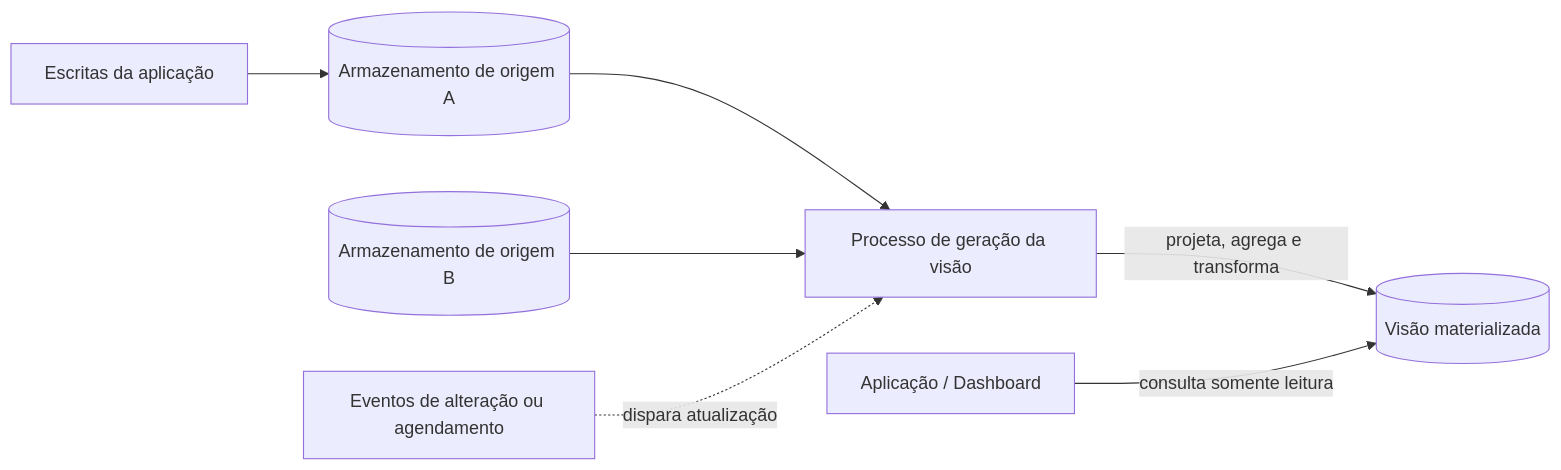
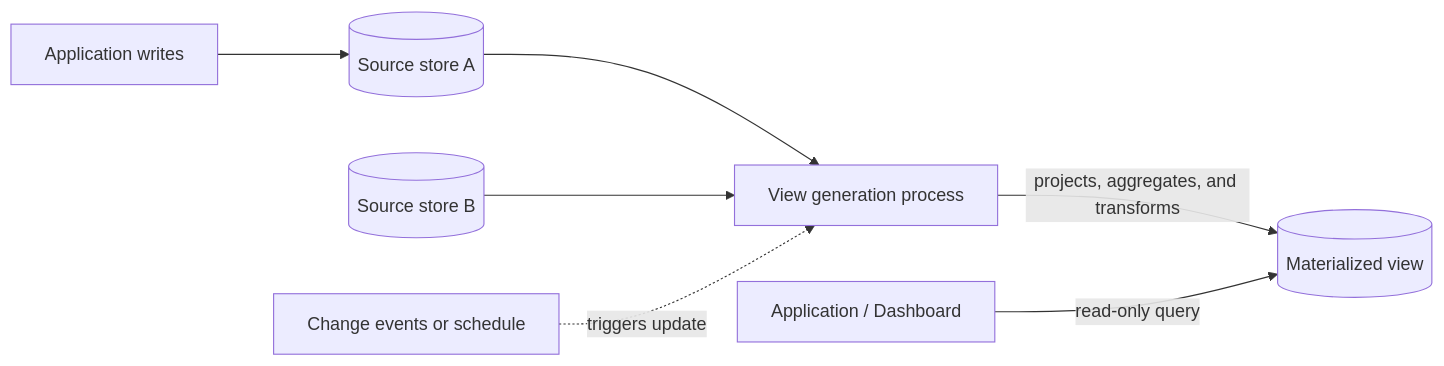
One commit to alancesar/design-patterns changed the diagram in docs/cloud/cloud-design-patterns/data-management/materialized-view.md. Above: the diagram before and after it, drawn with Mermaid. The commit also changed 258 other files, not shown here.

First line of the commit message:
Translate Mermaid diagrams to English

````diff
--- a/docs/cloud/cloud-design-patterns/data-management/materialized-view.md
+++ b/docs/cloud/cloud-design-patterns/data-management/materialized-view.md
@@ -65,9 +65,9 @@
 ```mermaid
 flowchart LR
-    S1[("Armazenamento de origem A")] --> G["Processo de geração da visão"]
-    S2[("Armazenamento de origem B")] --> G
-    E["Eventos de alteração ou agendamento"] -.->|"dispara atualização"| G
-    G -->|"projeta, agrega e transforma"| V[("Visão materializada")]
-    App["Aplicação / Dashboard"] -->|"consulta somente leitura"| V
-    W["Escritas da aplicação"] --> S1
+    S1[("Source store A")] --> G["View generation process"]
+    S2[("Source store B")] --> G
+    E["Change events or schedule"] -.->|"triggers update"| G
+    G -->|"projects, aggregates, and transforms"| V[("Materialized view")]
+    App["Application / Dashboard"] -->|"read-only query"| V
+    W["Application writes"] --> S1
 ```
````
